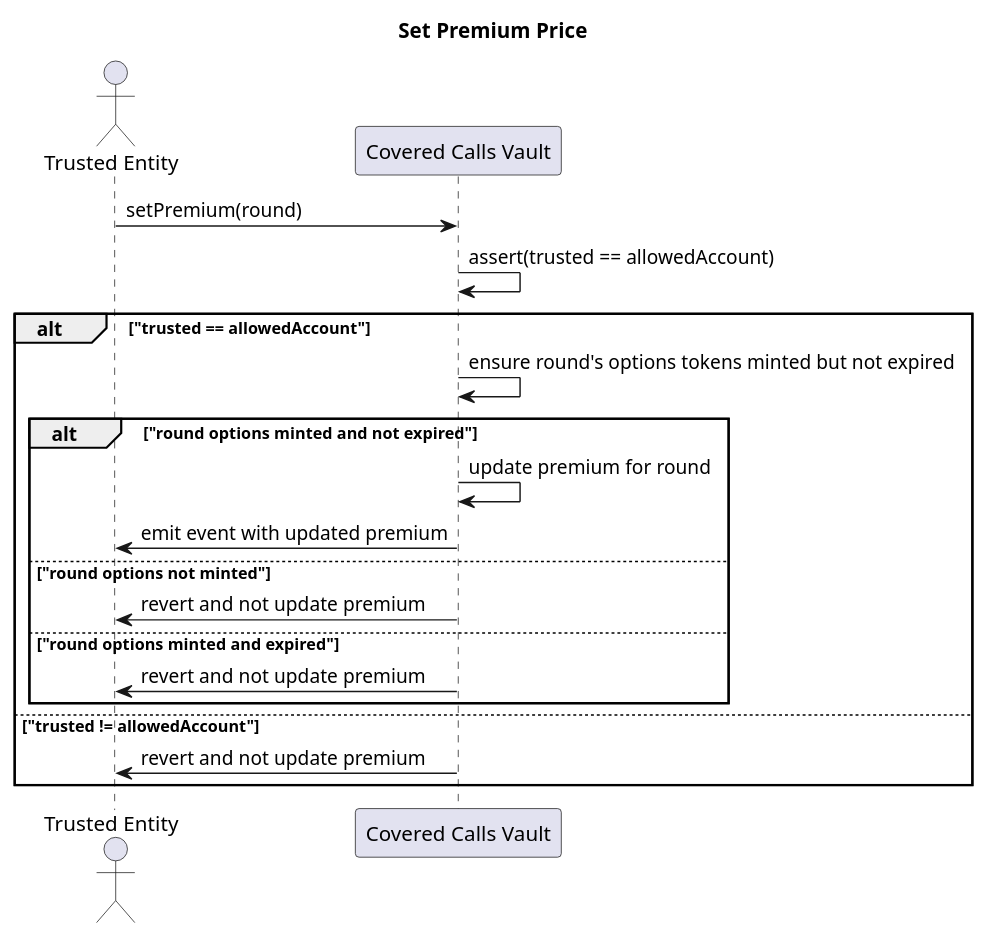
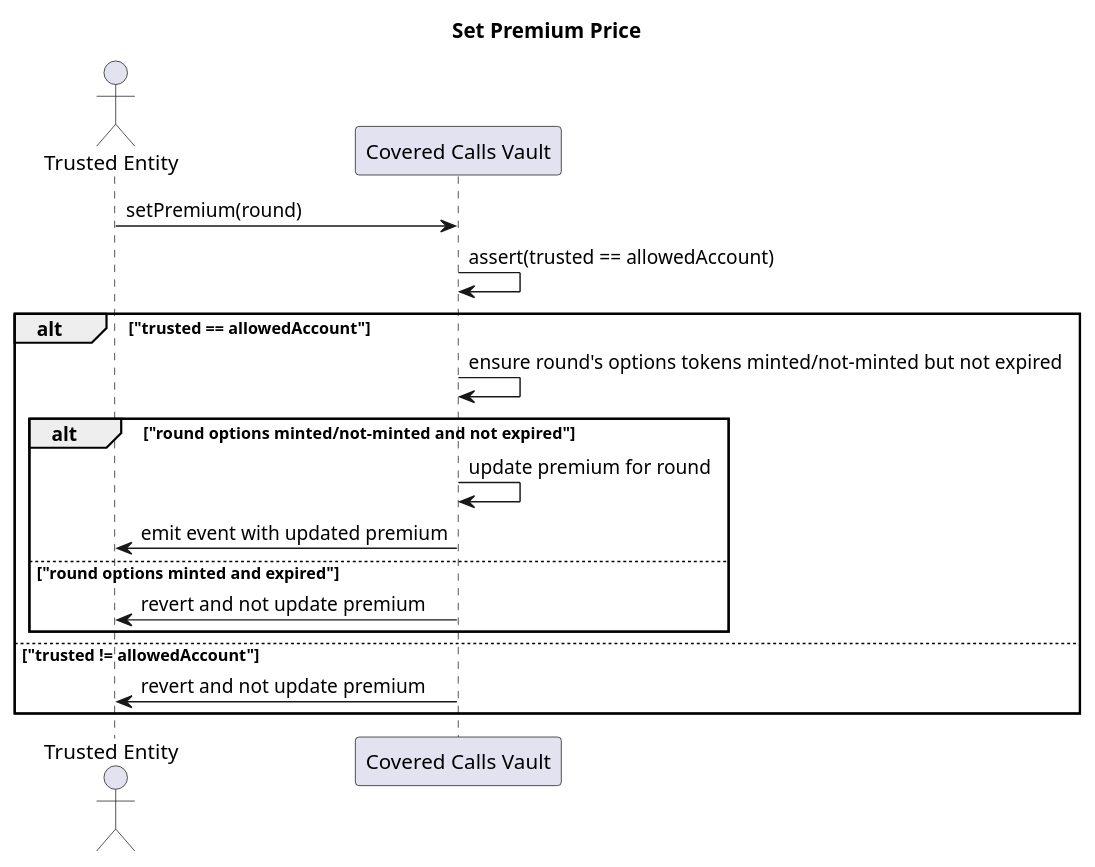
One commit to codebuster22/specifications changed the diagram in diagrams/src/set-premium.puml. Above: the diagram before and after it, drawn with PlantUML. The commit also changed 2 other files, not shown here.

Commit message:
feat: add uml for minting options token

```diff
--- a/diagrams/src/set-premium.puml
+++ b/diagrams/src/set-premium.puml
@@ -1,24 +1,22 @@
 @startuml "set-premium"
 
 title "Set Premium Price"
 
 actor "Trusted Entity" as trusted
 participant "Covered Calls Vault" as vault
 
 trusted -> vault: setPremium(round)
 vault -> vault: assert(trusted == allowedAccount)
 alt "trusted == allowedAccount"
-    vault -> vault: ensure round's options tokens minted but not expired
-    alt "round options minted and not expired"
+    vault -> vault: ensure round's options tokens minted/not-minted but not expired
+    alt "round options minted/not-minted and not expired"
         vault -> vault: update premium for round
         vault -> trusted: emit event with updated premium
-    else "round options not minted"
-        vault -> trusted: revert and not update premium
     else "round options minted and expired"
         vault -> trusted: revert and not update premium
     end
 else "trusted != allowedAccount"
     vault -> trusted: revert and not update premium
 end
 
 @enduml
```
